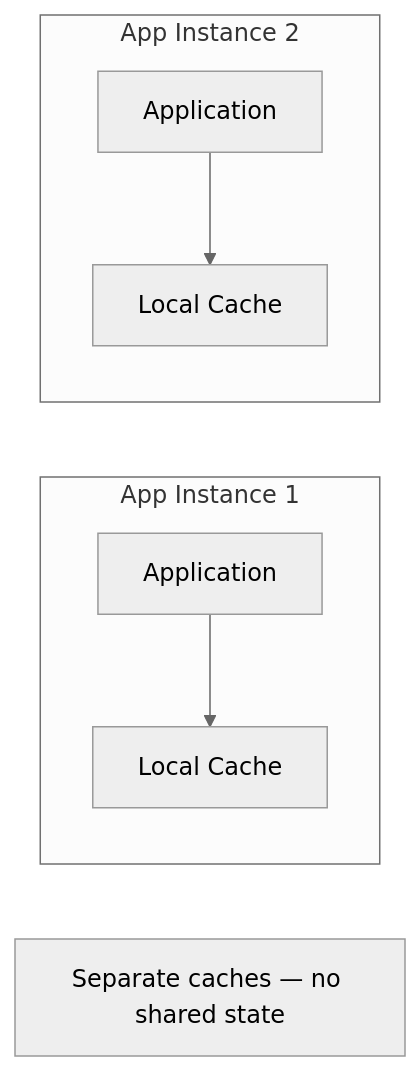
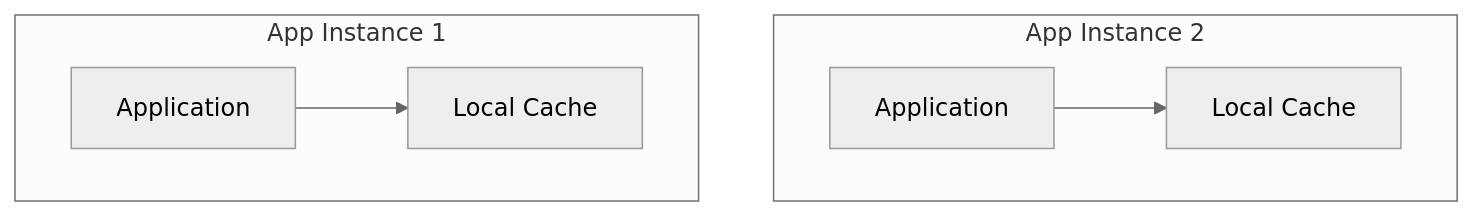
The tenth of 20 diagrams in 03-caching/README.md (hareramcse/SystemDesign), drawn with Mermaid (neutral theme) before and after one commit. The commit also changed other lines of this file and 14 other files, not shown here.

````diff
--- a/03-caching/README.md
+++ b/03-caching/README.md
@@ -368,10 +602,12 @@
 ```mermaid
 flowchart LR
-    subgraph Pod1[App Instance 1]
+    subgraph Pod1["App Instance 1"]
+        direction LR
         A1[Application] --> L1[Local Cache]
     end
-    subgraph Pod2[App Instance 2]
+    subgraph Pod2["App Instance 2"]
+        direction LR
         A2[Application] --> L2[Local Cache]
     end
-    Note1[Separate caches — no shared state]
+    Pod1 ~~~ Pod2
 ```
````
